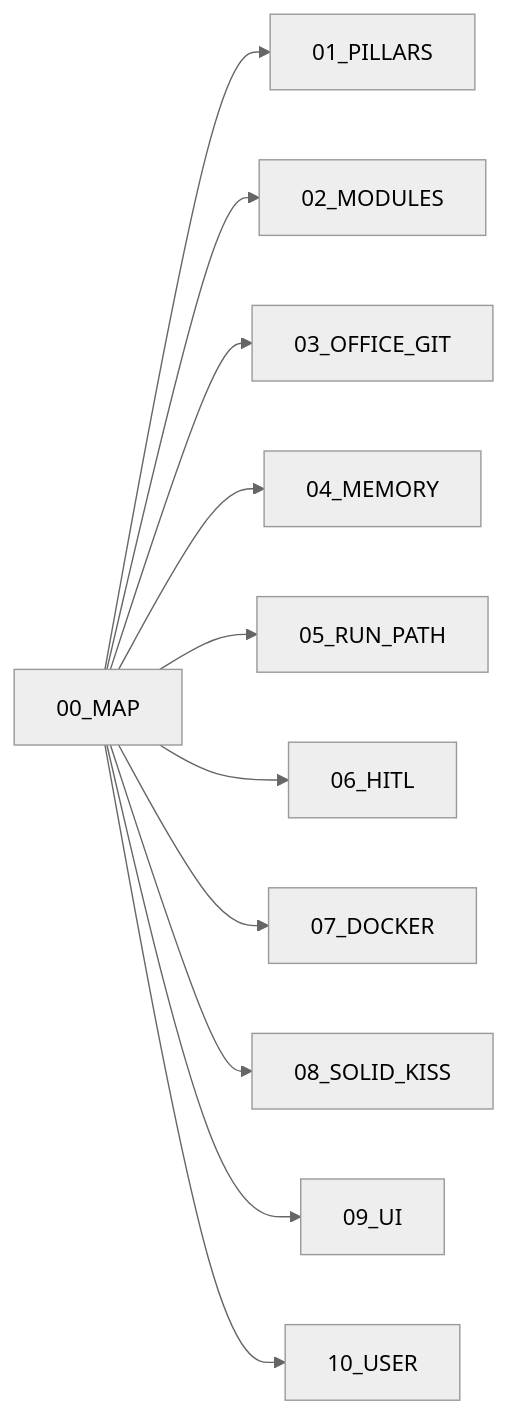
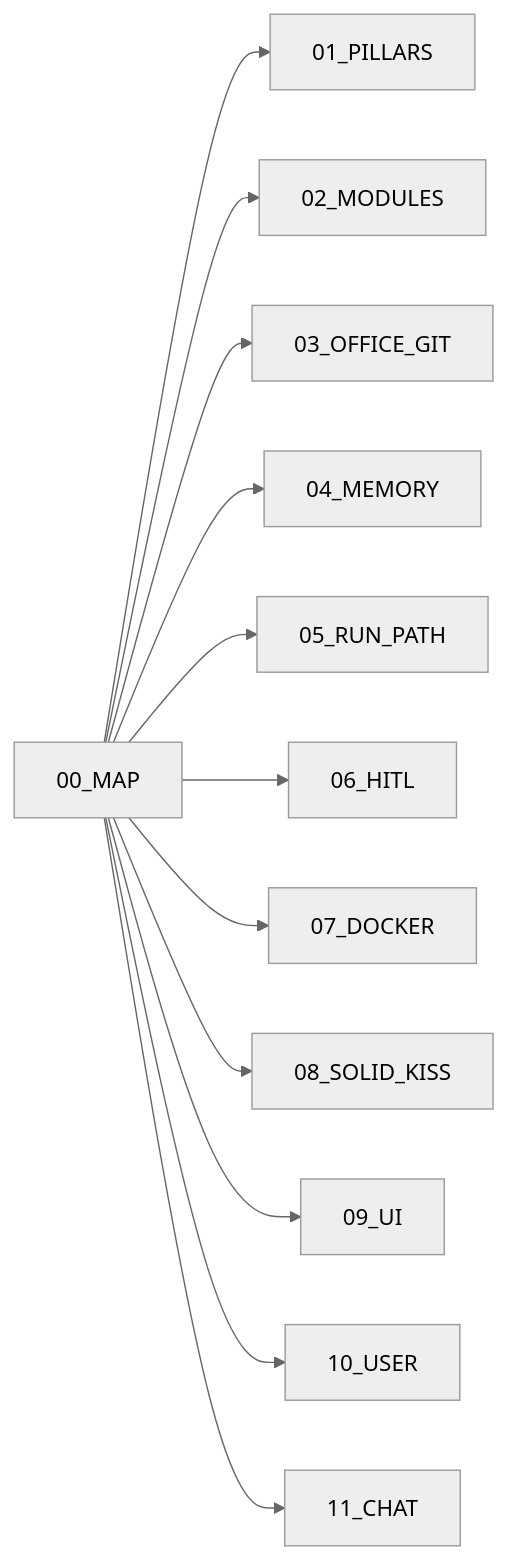
The diagram in docs/architecture/00_MAP.md (abhishekjasani/AgentAnyStack), drawn with Mermaid (neutral theme) before and after one commit. The commit also changed other lines of this file and 25 other files, not shown here.

````diff
--- a/docs/architecture/00_MAP.md
+++ b/docs/architecture/00_MAP.md
@@ -5,13 +5,14 @@
 ```mermaid
 flowchart LR
     MAP[00_MAP] --> P[01_PILLARS]
     MAP --> M[02_MODULES]
     MAP --> O[03_OFFICE_GIT]
     MAP --> MEM[04_MEMORY]
     MAP --> R[05_RUN_PATH]
     MAP --> H[06_HITL]
     MAP --> D[07_DOCKER]
     MAP --> S[08_SOLID_KISS]
     MAP --> U[09_UI]
     MAP --> USR[10_USER]
+    MAP --> CH[11_CHAT]
 ```
````
